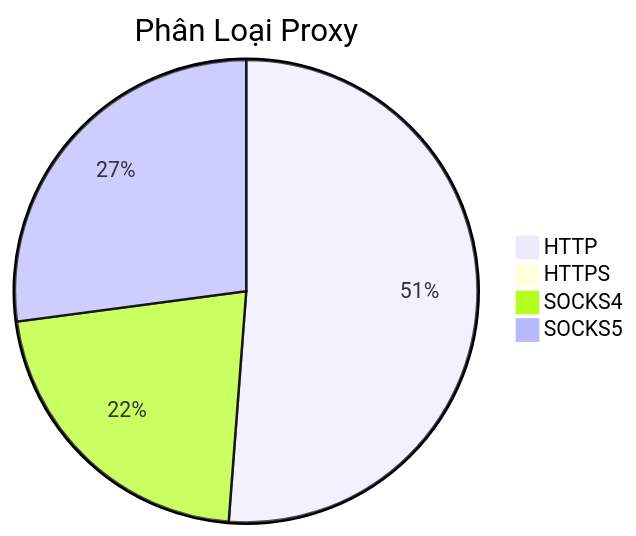
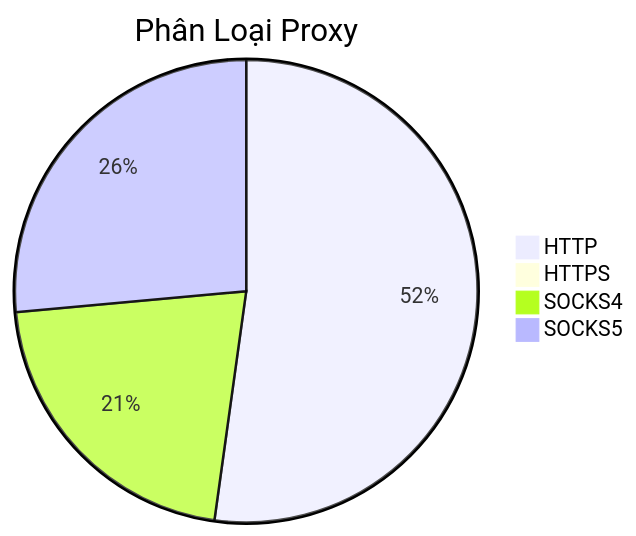
The diagram in README.md (Ciara-12/PROXY-free), drawn with Mermaid before and after one commit. The commit also changed other lines of this file and 3 other files, not shown here.

````diff
--- a/README.md
+++ b/README.md
@@ -26,7 +26,7 @@
 ```mermaid
 pie title Phân Loại Proxy
-    "HTTP" : 635
+    "HTTP" : 677
     "HTTPS" : 0
-    "SOCKS4" : 269
-    "SOCKS5" : 336
+    "SOCKS4" : 277
+    "SOCKS5" : 343
 ```
````
